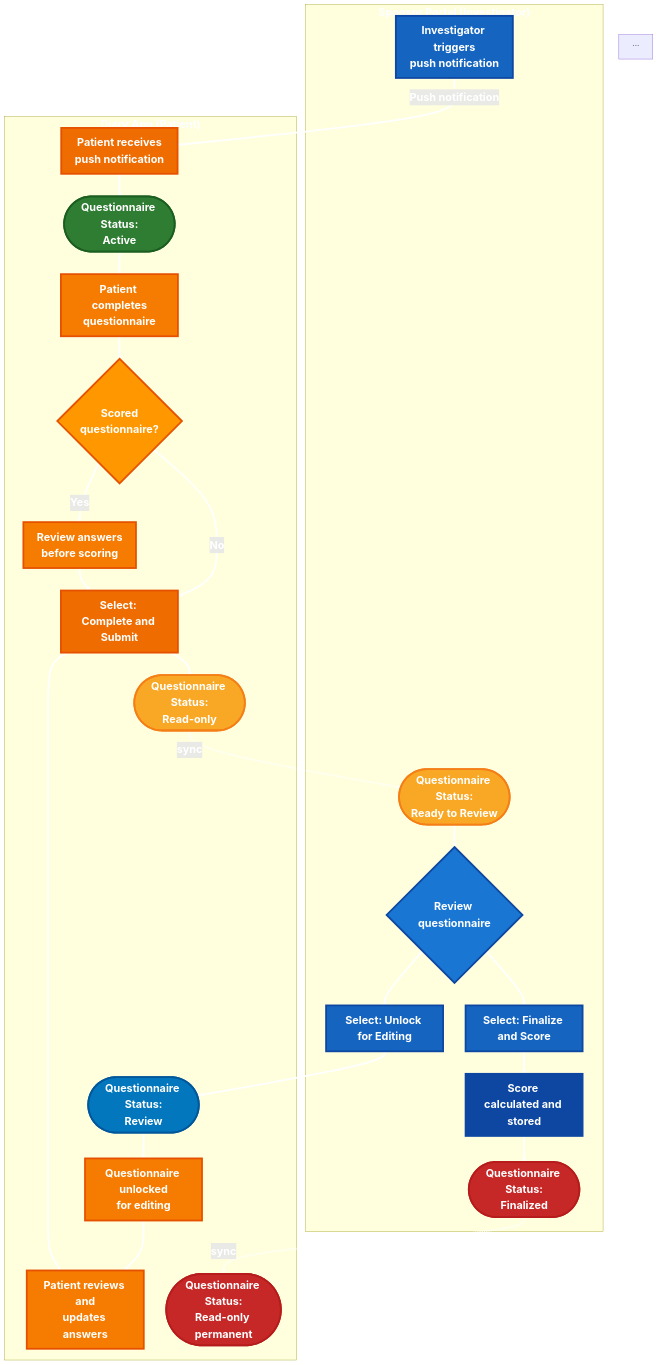
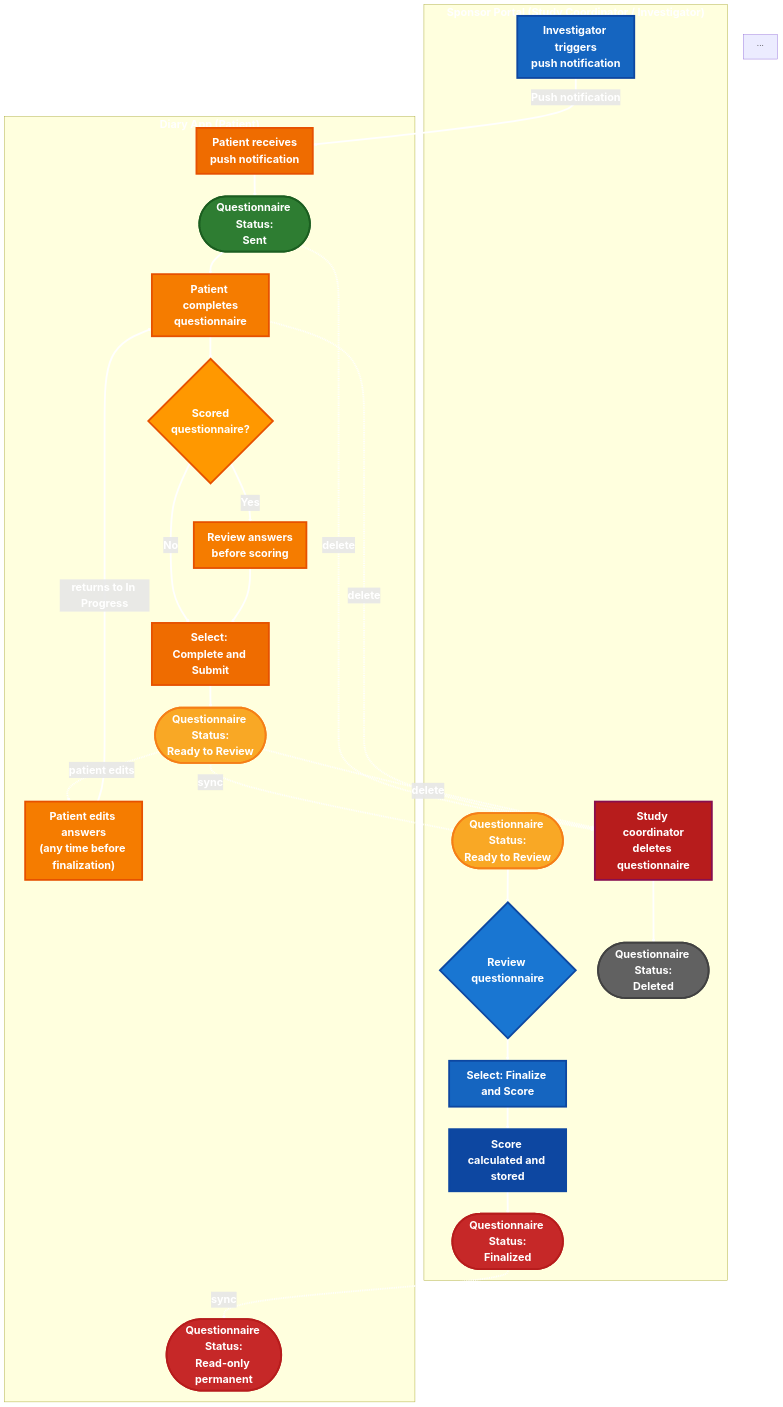
One commit to Cure-HHT/hht_diary changed the diagram in spec/images/questionnaire-approval-workflow.mmd. Above: the diagram before and after it, drawn with Mermaid. The commit also changed 5 other files, not shown here.

First line of the commit message:
[CUR-971] Update questionnaire permissions: remove Unlock, allow patient edit before finalization

````diff
--- a/spec/images/questionnaire-approval-workflow.mmd
+++ b/spec/images/questionnaire-approval-workflow.mmd
@@ -1,75 +1,78 @@
 %%{init: {'flowchart': {'htmlLabels': true, 'arrowMarkerAbsolute': true}, 'flowchart': {'nodeSpacing': 50, 'rankSpacing': 50}}}%%
     flowchart TD
-    subgraph Portal ["<b style='font-size:18pt; color:white'>Sponsor Portal (Investigator)</b>"]
+    subgraph Portal ["<b style='font-size:18pt; color:white'>Sponsor Portal (Study Coordinator / Investigator)</b>"]
         A["<b style='font-size:18pt; color:white'>Investigator triggers<br/>push notification</b>"]
         P_S2(["<b style='font-size:18pt; color:white'>Questionnaire Status:<br/>Ready to Review</b>"])
         G{"<b style='font-size:18pt; color:white'>Review questionnaire</b>"}
         H["<b style='font-size:18pt; color:white'>Select: Finalize and Score</b>"]
-        I["<b style='font-size:18pt; color:white'>Select: Unlock for Editing</b>"]
         J["<b style='font-size:18pt; color:white'>Score calculated and stored</b>"]
         P_S3(["<b style='font-size:18pt; color:white'>Questionnaire Status:<br/>Finalized</b>"])
+        DEL["<b style='font-size:18pt; color:white'>Study coordinator<br/>deletes questionnaire</b>"]
+        P_DEL(["<b style='font-size:18pt; color:white'>Questionnaire Status:<br/>Deleted</b>"])
     end
 
     subgraph Diary ["<b style='font-size:18pt; color:white'>Diary App (Patient)</b>"]
         B["<b style='font-size:18pt; color:white'>Patient receives<br/>push notification</b>"]
-        D_S1(["<b style='font-size:18pt; color:white'>Questionnaire Status:<br/>Active</b>"])
+        D_S1(["<b style='font-size:18pt; color:white'>Questionnaire Status:<br/>Sent</b>"])
         C["<b style='font-size:18pt; color:white'>Patient completes<br/>questionnaire</b>"]
         D{"<b style='font-size:18pt; color:white'>Scored<br/>questionnaire?</b>"}
         E["<b style='font-size:18pt; color:white'>Review answers<br/>before scoring</b>"]
         F["<b style='font-size:18pt; color:white'>Select: Complete and Submit</b>"]
-        D_S2(["<b style='font-size:18pt; color:white'>Questionnaire Status:<br/>Read-only</b>"])
-        D_S4(["<b style='font-size:18pt; color:white'>Questionnaire Status:<br/>Review</b>"])
-        K["<b style='font-size:18pt; color:white'>Questionnaire unlocked<br/>for editing</b>"]
-        L["<b style='font-size:18pt; color:white'>Patient reviews and<br/>updates answers</b>"]
+        D_S2(["<b style='font-size:18pt; color:white'>Questionnaire Status:<br/>Ready to Review</b>"])
+        EDIT["<b style='font-size:18pt; color:white'>Patient edits answers<br/>(any time before finalization)</b>"]
         D_S3(["<b style='font-size:18pt; color:white'>Questionnaire Status:<br/>Read-only permanent</b>"])
     end
 
     A ==>|<b style='font-size:18pt; color:white; background:none'>Push notification</b>| B
     B ==> D_S1
     D_S1 ==> C
     C ==> D
     D ==>|<b style='font-size:18pt; color:white; background:none'>Yes</b>| E
     D ==>|<b style='font-size:18pt; color:white; background:none'>No</b>| F
     E ==> F
     F ==> D_S2
     D_S2 -.->|<b style='font-size:18pt; color:white; background:none'>sync</b>| P_S2
     P_S2 ==> G
     G ==> H
-    G ==> I
     H ==> J
     J ==> P_S3
     P_S3 -.->|<b style='font-size:18pt; color:white; background:none'>sync</b>| D_S3
-    I ==> D_S4
-    D_S4 ==> K
-    K ==> L
-    L ==> F
+
+    %% Patient can edit at any time before finalization
+    D_S2 -.->|<b style='font-size:18pt; color:white; background:none'>patient edits</b>| EDIT
+    EDIT ==>|<b style='font-size:18pt; color:white; background:none'>returns to In Progress</b>| C
+
+    %% Delete available from Sent, In Progress, Ready to Review
+    D_S1 -.->|<b style='font-size:18pt; color:white; background:none'>delete</b>| DEL
+    C -.->|<b style='font-size:18pt; color:white; background:none'>delete</b>| DEL
+    D_S2 -.->|<b style='font-size:18pt; color:white; background:none'>delete</b>| DEL
+    DEL ==> P_DEL
 
     %% Portal nodes - blue theme
     style A fill:#1565c0,color:#ffffff,stroke:#0d47a1,stroke-width:4px
     style G fill:#1976d2,color:#ffffff,stroke:#0d47a1,stroke-width:4px
     style H fill:#1565c0,color:#ffffff,stroke:#0d47a1,stroke-width:4px
-    style I fill:#1565c0,color:#ffffff,stroke:#0d47a1,stroke-width:4px
     style J fill:#0d47a1,color:#ffffff,stroke:#0d47a1,stroke-width:4px
+    style DEL fill:#b71c1c,color:#ffffff,stroke:#880e4f,stroke-width:4px
 
     %% Diary nodes - orange theme
     style B fill:#ef6c00,color:#ffffff,stroke:#e65100,stroke-width:4px
     style C fill:#f57c00,color:#ffffff,stroke:#e65100,stroke-width:4px
     style D fill:#ff9800,color:#000000,stroke:#e65100,stroke-width:4px
     style E fill:#f57c00,color:#ffffff,stroke:#e65100,stroke-width:4px
     style F fill:#ef6c00,color:#ffffff,stroke:#e65100,stroke-width:4px
-    style K fill:#f57c00,color:#ffffff,stroke:#e65100,stroke-width:4px
-    style L fill:#f57c00,color:#ffffff,stroke:#e65100,stroke-width:4px
+    style EDIT fill:#f57c00,color:#ffffff,stroke:#e65100,stroke-width:4px
 
     %% Status nodes - Diary side
     style D_S1 fill:#2e7d32,color:#ffffff,stroke:#1b5e20,stroke-width:4px
     style D_S2 fill:#f9a825,color:#000000,stroke:#f57f17,stroke-width:4px
     style D_S3 fill:#c62828,color:#ffffff,stroke:#b71c1c,stroke-width:4px
-    style D_S4 fill:#0277bd,color:#ffffff,stroke:#01579b,stroke-width:4px
 
     %% Status nodes - Portal side
     style P_S2 fill:#f9a825,color:#000000,stroke:#f57f17,stroke-width:4px
     style P_S3 fill:#c62828,color:#ffffff,stroke:#b71c1c,stroke-width:4px
+    style P_DEL fill:#616161,color:#ffffff,stroke:#424242,stroke-width:4px
 
     %% Make all arrow heads bigger by increasing stroke width
     linkStyle default stroke:#ffffff,stroke-width:4px
 ```
````
